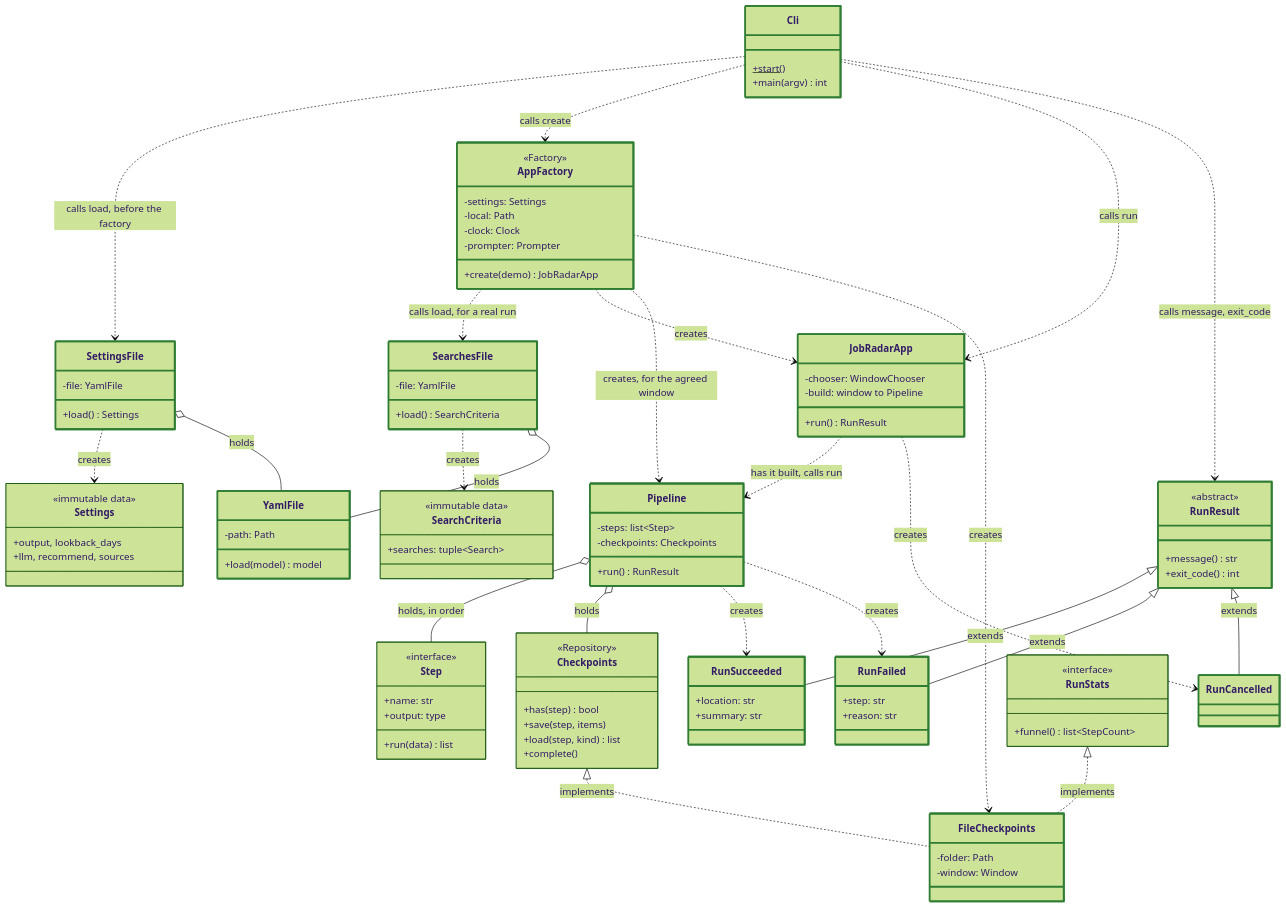
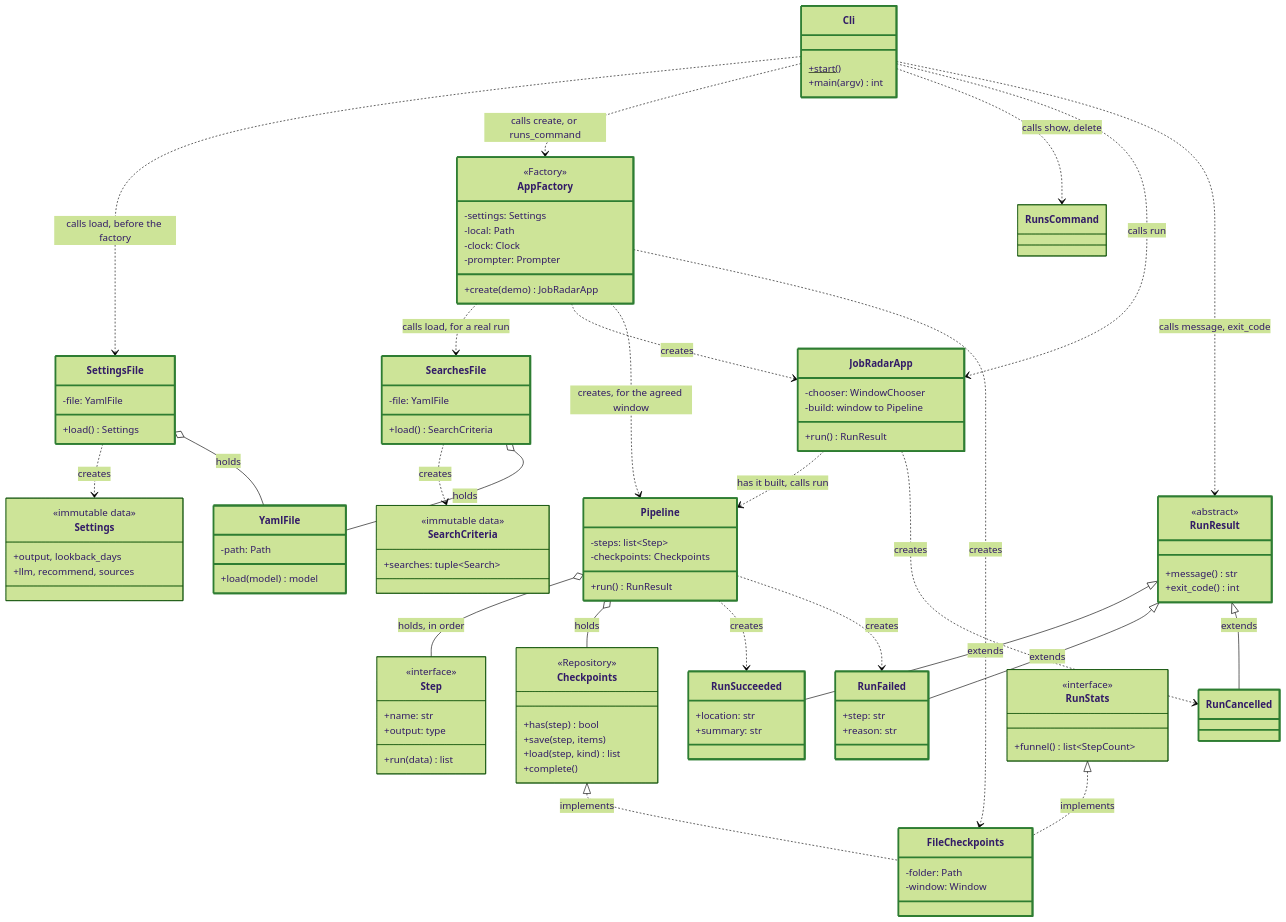
The first of 5 diagrams in docs/architecture.md (adailida/job-radar), drawn with Mermaid (forest theme) before and after one commit. The commit also changed other lines of this file and 16 other files, not shown here.

```diff
--- a/docs/architecture.md
+++ b/docs/architecture.md
@@ -108,7 +108,8 @@
     AppFactory ..> SearchesFile : calls load, for a real run
     SearchesFile ..> SearchCriteria : creates
     SearchesFile o-- YamlFile : holds
-    Cli ..> AppFactory : calls create
+    Cli ..> AppFactory : calls create, or runs_command
+    Cli ..> RunsCommand : calls show, delete
     Cli ..> JobRadarApp : calls run
     Cli ..> RunResult : calls message, exit_code
     AppFactory ..> JobRadarApp : creates
```
